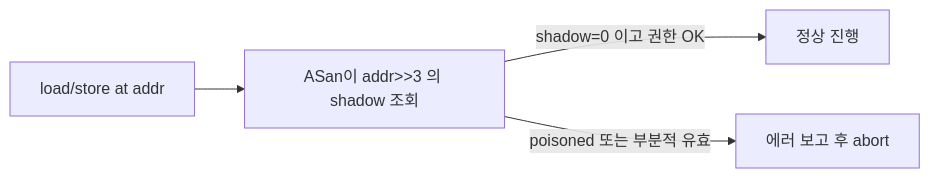
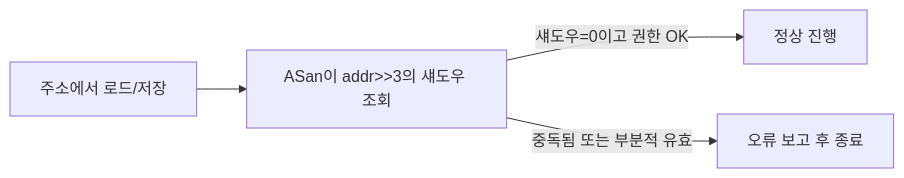
Before and after one commit to Jungle-12-303/wk07_6: the diagram in docs/blog/concepts/17-memory-bugs-and-root-cause.md, drawn with Mermaid. The commit also changed other lines of this file and 26 other files, not shown here.

First line of the commit message:
docs: 블로그 소제목·Mermaid·ASCII 박스 가독성 정비

````diff
--- a/docs/blog/concepts/17-memory-bugs-and-root-cause.md
+++ b/docs/blog/concepts/17-memory-bugs-and-root-cause.md
@@ -133,6 +133,6 @@
 ```mermaid
 flowchart LR
-    CODE["load/store at addr"] --> CHECK[ASan이 addr>>3 의 shadow 조회]
-    CHECK -->|shadow=0 이고 권한 OK| OK[정상 진행]
-    CHECK -->|poisoned 또는 부분적 유효| ERR[에러 보고 후 abort]
+    CODE["주소에서 로드/저장"] --> CHECK[ASan이 addr>>3의 섀도우 조회]
+    CHECK -->|섀도우=0이고 권한 OK| OK[정상 진행]
+    CHECK -->|중독됨 또는 부분적 유효| ERR[오류 보고 후 종료]
 ```
````
